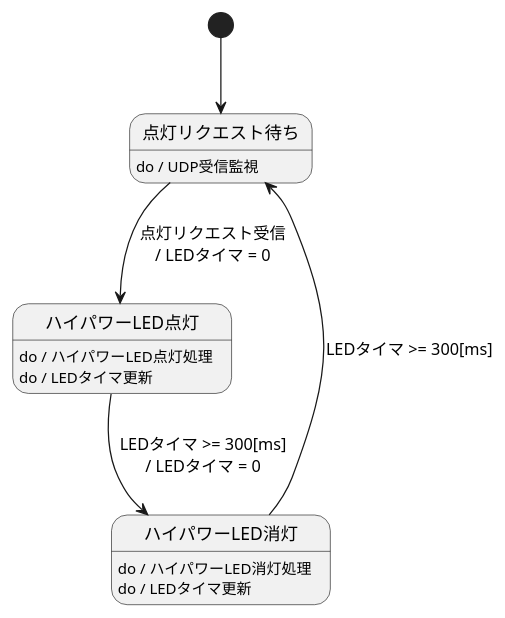
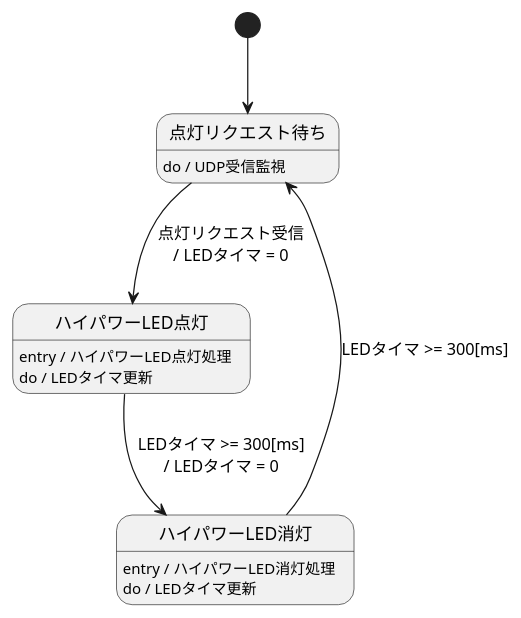
One commit to ryoono/ding_dong_flash changed the diagram in data/StateTransitionDiagram_follower.puml. Above: the diagram before and after it, drawn with PlantUML. The commit also changed 1 other file, not shown here.

```diff
--- a/data/StateTransitionDiagram_follower.puml
+++ b/data/StateTransitionDiagram_follower.puml
@@ -1,16 +1,16 @@
 @startuml StateTransitionDiagram_leader
  
 [*] --> 点灯リクエスト待ち
 点灯リクエスト待ち --> ハイパワーLED点灯 : 点灯リクエスト受信\n/ LEDタイマ = 0
 ハイパワーLED点灯 --> ハイパワーLED消灯 : LEDタイマ >= 300[ms]\n/ LEDタイマ = 0
 ハイパワーLED消灯 --> 点灯リクエスト待ち :  LEDタイマ >= 300[ms]
 
 点灯リクエスト待ち: do / UDP受信監視
 
-ハイパワーLED点灯: do / ハイパワーLED点灯処理
+ハイパワーLED点灯: entry / ハイパワーLED点灯処理
 ハイパワーLED点灯: do / LEDタイマ更新
 
-ハイパワーLED消灯: do / ハイパワーLED消灯処理
+ハイパワーLED消灯: entry / ハイパワーLED消灯処理
 ハイパワーLED消灯: do / LEDタイマ更新
 
 @enduml
```
